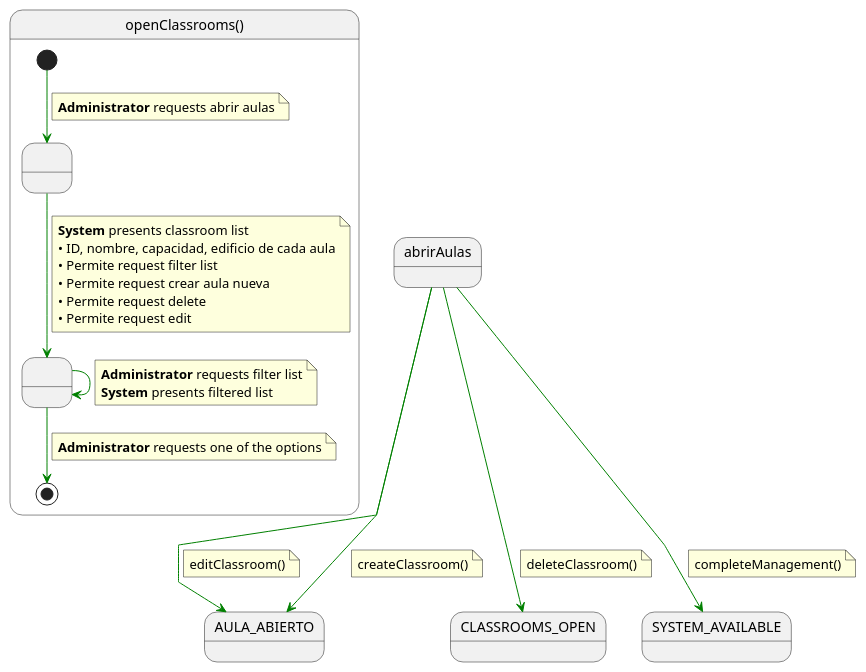
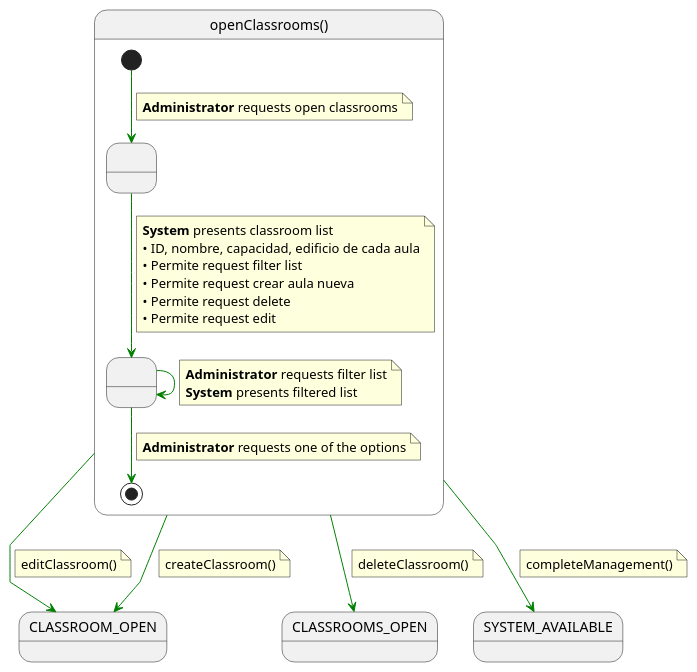
Before and after one commit to mmasias/pySigHor: the diagram in RUP/00-casos-uso/02-detalle/abrirAulas/especificacion.puml, drawn with PlantUML. The commit also changed 1 other file, not shown here.

Commit message:
Fix pending Spanish to English translations in context diagram and openClassrooms specification

```diff
--- a/RUP/00-casos-uso/02-detalle/abrirAulas/especificacion.puml
+++ b/RUP/00-casos-uso/02-detalle/abrirAulas/especificacion.puml
@@ -1,57 +1,57 @@
 @startuml openClassrooms
 
 skinparam linetype polyline
 
 state openClassrooms as "openClassrooms()" {
 
     state " " as ShowingList
     state " " as FilteringList
 
     [*] -[#green]-> ShowingList 
     note on link
-    <b>Administrator</b> requests abrir aulas
+    <b>Administrator</b> requests open classrooms
     end note    
     
     ShowingList -[#green]-> FilteringList
     note on link
     <b>System</b> presents classroom list
     • ID, nombre, capacidad, edificio de cada aula
     • Permite request filter list
     • Permite request crear aula nueva
     • Permite request delete
     • Permite request edit
     end note
     
     FilteringList -[#green]-> FilteringList
     note on link
     <b>Administrator</b> requests filter list
     <b>System</b> presents filtered list
     end note
     
     FilteringList -[#green]-> [*]
     note on link
     <b>Administrator</b> requests one of the options
     end note
 }
 
-abrirAulas -[#green]-> AULA_ABIERTO
+openClassrooms -[#green]-> CLASSROOM_OPEN
 note on link
 editClassroom()
 end note
 
-abrirAulas -[#green]-> AULA_ABIERTO
+openClassrooms -[#green]-> CLASSROOM_OPEN
 note on link
 createClassroom()
 end note
 
-abrirAulas -[#green]-> CLASSROOMS_OPEN
+openClassrooms -[#green]-> CLASSROOMS_OPEN
 note on link
 deleteClassroom()
 end note
 
-abrirAulas -[#green]-> SYSTEM_AVAILABLE
+openClassrooms -[#green]-> SYSTEM_AVAILABLE
 note on link
 completeManagement()
 end note
 
 @enduml
```
